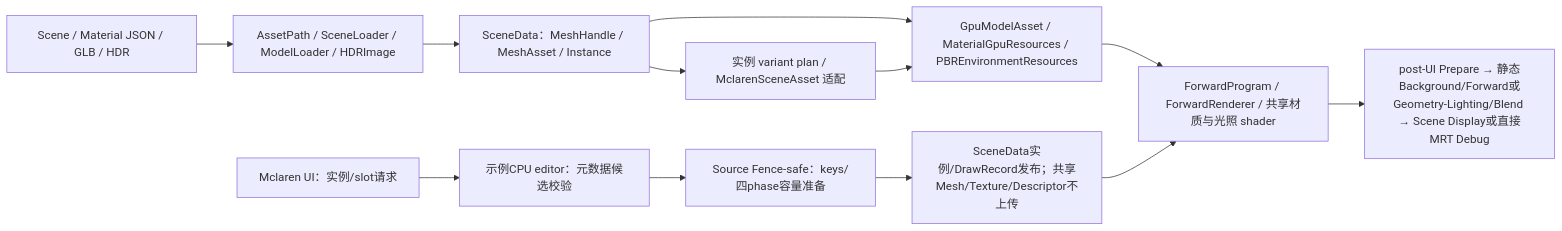
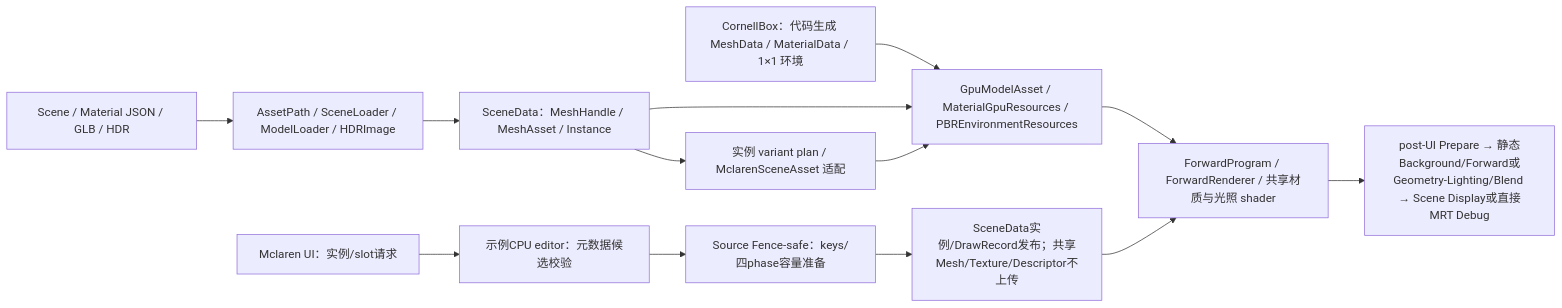
Before and after one commit to Cyberyb/KuEngine: the second of 2 diagrams in docs/structure/current-architecture.md, drawn with Mermaid. The commit also changed other lines of this file and 74 other files, not shown here.

````diff
--- a/docs/structure/current-architecture.md
+++ b/docs/structure/current-architecture.md
@@ -47,19 +47,20 @@
 ```mermaid
 flowchart LR
     Disk["Scene / Material JSON / GLB / HDR"]
     CPU["AssetPath / SceneLoader / ModelLoader / HDRImage"]
     Scene["SceneData：MeshHandle / MeshAsset / Instance"]
     GPU["GpuModelAsset / MaterialGpuResources / PBREnvironmentResources"]
     Resource["实例 variant plan / MclarenSceneAsset 适配"]
     PBR["ForwardProgram / ForwardRenderer / 共享材质与光照 shader"]
     Deferred["post-UI Prepare → 静态Background/Forward或Geometry-Lighting/Blend → Scene Display或直接MRT Debug"]
     Disk --> CPU --> Scene
+    Cornell["CornellBox：代码生成 MeshData / MaterialData / 1×1 环境"] --> GPU
     Scene --> Resource
     Scene --> GPU
     Resource --> GPU --> PBR
     PBR --> Deferred
     Edit["Mclaren UI：实例/slot请求"] --> Candidate["示例CPU editor：元数据候选校验"]
     Candidate --> Safe["Source Fence-safe：keys/四phase容量准备"]
     Safe --> Data["SceneData实例/DrawRecord发布；共享Mesh/Texture/Descriptor不上传"]
     Data --> PBR
 ```
````
